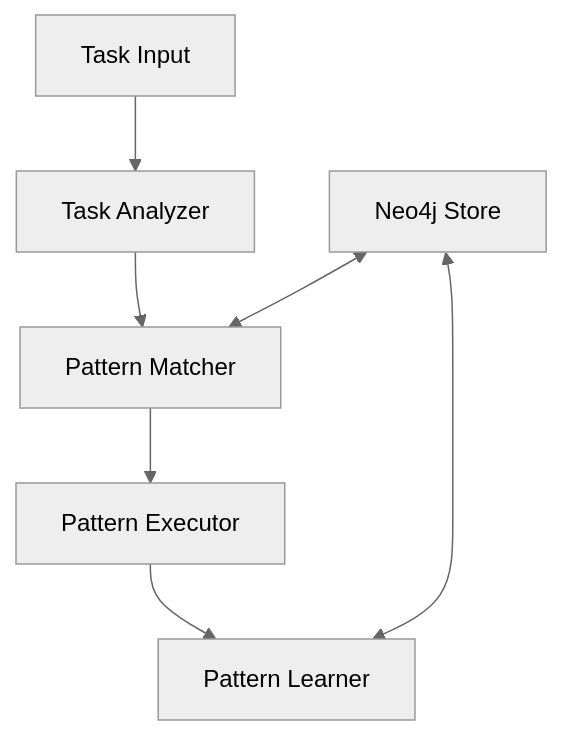
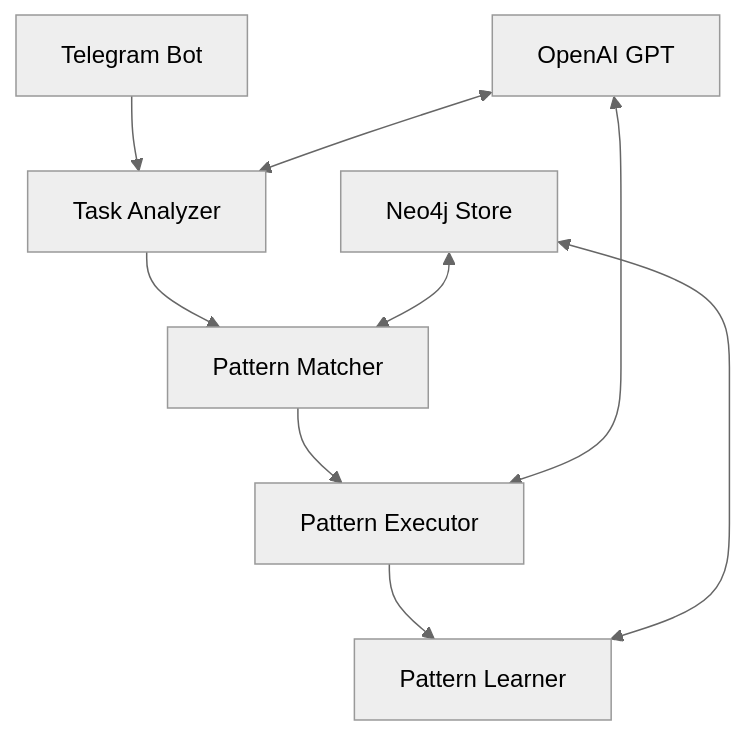
One commit to TarnbirSingh/Universal-AI-Assistant changed the diagram in README.md. Above: the diagram before and after it, drawn with Mermaid (neutral theme). The commit also changed other lines of this file, not shown here.

````diff
--- a/README.md
+++ b/README.md
@@ -150,10 +119,13 @@
 ```mermaid
 graph TD
-    A[Task Input] --> B[Task Analyzer]
+    A[Telegram Bot] --> B[Task Analyzer]
     B --> C[Pattern Matcher]
     C --> D[Pattern Executor]
     D --> E[Pattern Learner]
     
     F[Neo4j Store] <--> C
     F <--> E
+    
+    G[OpenAI GPT] <--> B
+    G <--> D
 ```
````
